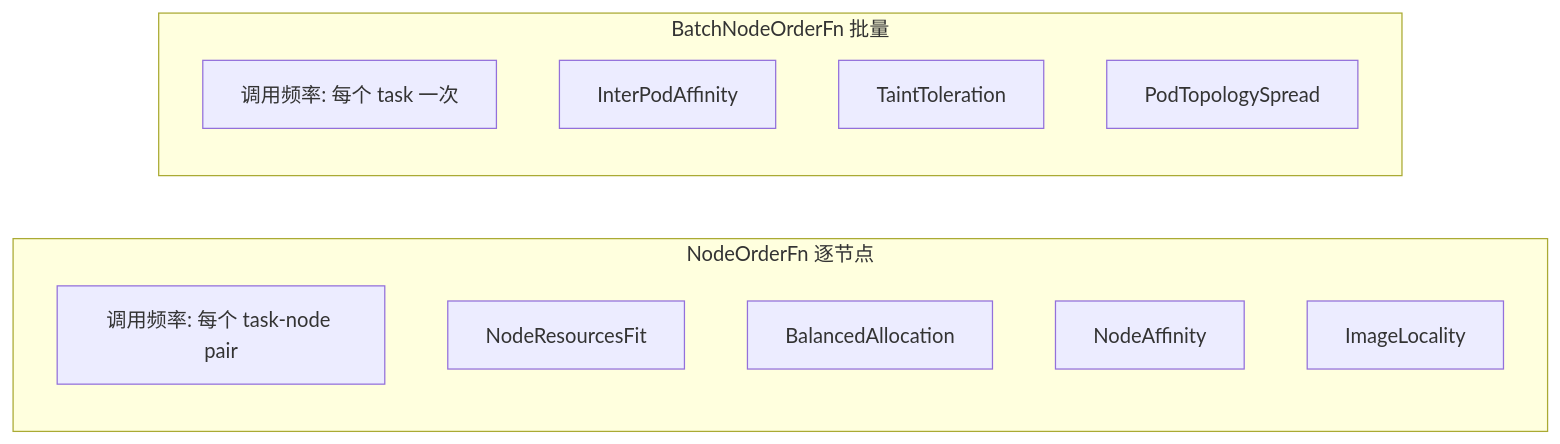
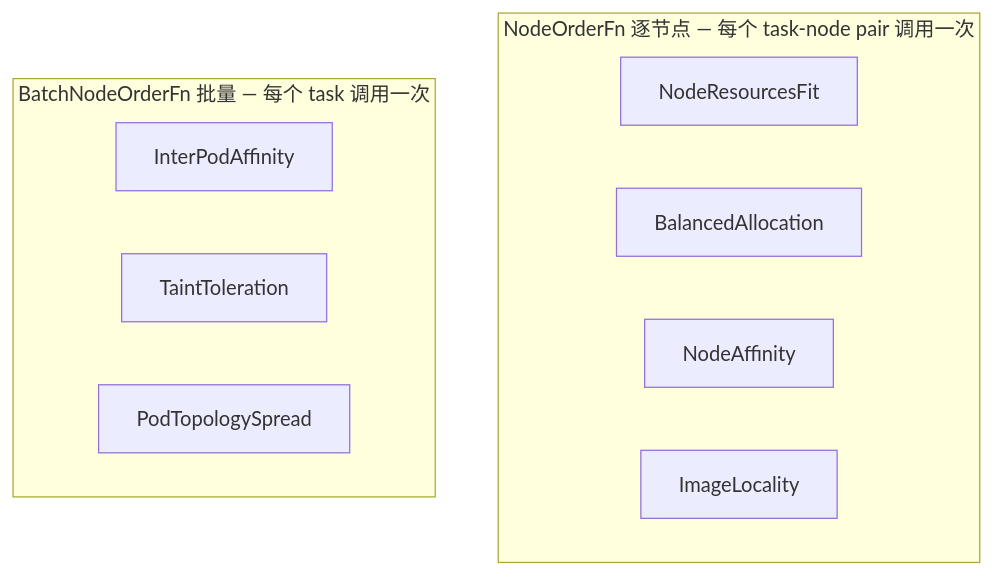
One commit to autsu/volcano changed the fifth of 8 diagrams in pkg/scheduler/plugins/nodeorder/ANALYSIS.md. Above: the diagram before and after it, drawn with Mermaid. The commit also changed other lines of this file and 4 other files, not shown here.

````diff
--- a/pkg/scheduler/plugins/nodeorder/ANALYSIS.md
+++ b/pkg/scheduler/plugins/nodeorder/ANALYSIS.md
@@ -351,16 +348,14 @@
 ```mermaid
-flowchart LR
-    subgraph SINGLE["NodeOrderFn 逐节点"]
-        S1["调用频率: 每个 task-node pair"]
-        S2["NodeResourcesFit"]
-        S3["BalancedAllocation"]
-        S4["NodeAffinity"]
-        S5["ImageLocality"]
+flowchart TD
+    subgraph SINGLE["NodeOrderFn 逐节点 — 每个 task-node pair 调用一次"]
+        S1["NodeResourcesFit"]
+        S2["BalancedAllocation"]
+        S3["NodeAffinity"]
+        S4["ImageLocality"]
     end
-    subgraph BATCH["BatchNodeOrderFn 批量"]
-        B1["调用频率: 每个 task 一次"]
-        B2["InterPodAffinity"]
-        B3["TaintToleration"]
-        B4["PodTopologySpread"]
+    subgraph BATCH["BatchNodeOrderFn 批量 — 每个 task 调用一次"]
+        B1["InterPodAffinity"]
+        B2["TaintToleration"]
+        B3["PodTopologySpread"]
     end
 ```
````
